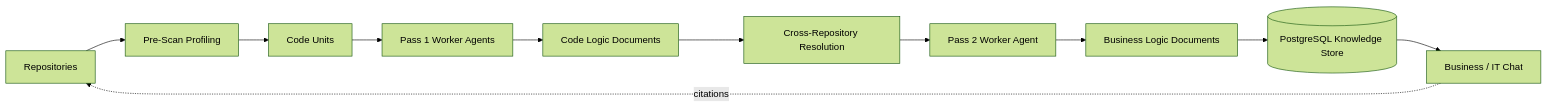
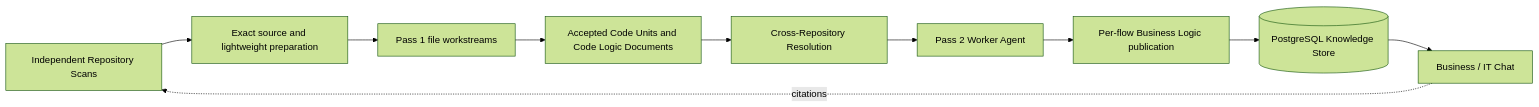
The diagram in README.md (ZHdpt/vulgata), drawn with Mermaid (forest theme) before and after one commit. The commit also changed other lines of this file and 77 other files, not shown here.

````diff
--- a/README.md
+++ b/README.md
@@ -30,13 +30,12 @@
 ```mermaid
 flowchart LR
-    A[Repositories] --> B[Pre-Scan Profiling]
-    B --> C[Code Units]
-    C --> D[Pass 1 Worker Agents]
-    D --> E[Code Logic Documents]
+    A[Independent Repository Scans] --> B[Exact source and lightweight preparation]
+    B --> D[Pass 1 file workstreams]
+    D --> E[Accepted Code Units and Code Logic Documents]
     E --> F[Cross-Repository Resolution]
     F --> G[Pass 2 Worker Agent]
-    G --> H[Business Logic Documents]
+    G --> H[Per-flow Business Logic publication]
     H --> I[(PostgreSQL Knowledge Store)]
     I --> J[Business / IT Chat]
     J -. citations .-> A
 ```
````
